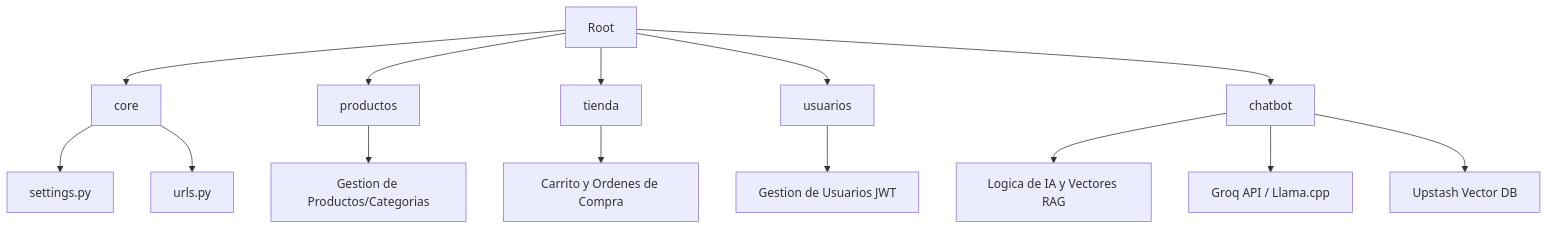
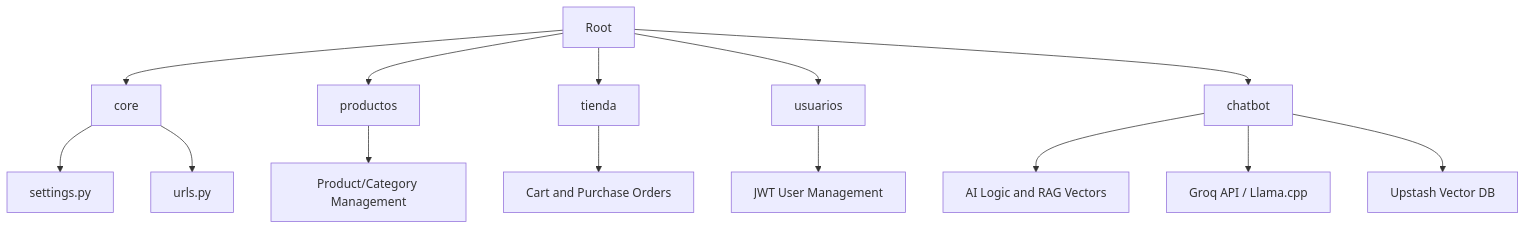
The diagram in README.md (DaniDevGS/E-commerce-API-RAG-DRF), drawn with Mermaid before and after one commit. The commit also changed other lines of this file, not shown here.

````diff
--- a/README.md
+++ b/README.md
@@ -27,19 +27,19 @@
 ```mermaid
 graph TD
     A[Root] --> B[core]
     A --> C[productos]
     A --> D[tienda]
     A --> E[usuarios]
     A --> F[chatbot]
 
     B --> B1[settings.py]
     B --> B2[urls.py]
 
-    C --> C1[Gestion de Productos/Categorias]
-    D --> D1[Carrito y Ordenes de Compra]
-    E --> E1[Gestion de Usuarios JWT]
-    F --> F1[Logica de IA y Vectores RAG]
+    C --> C1[Product/Category Management]
+    D --> D1[Cart and Purchase Orders]
+    E --> E1[JWT User Management]
+    F --> F1[AI Logic and RAG Vectors]
 
     F --> F2[Groq API / Llama.cpp]
     F --> F3[Upstash Vector DB]
 ```
````
